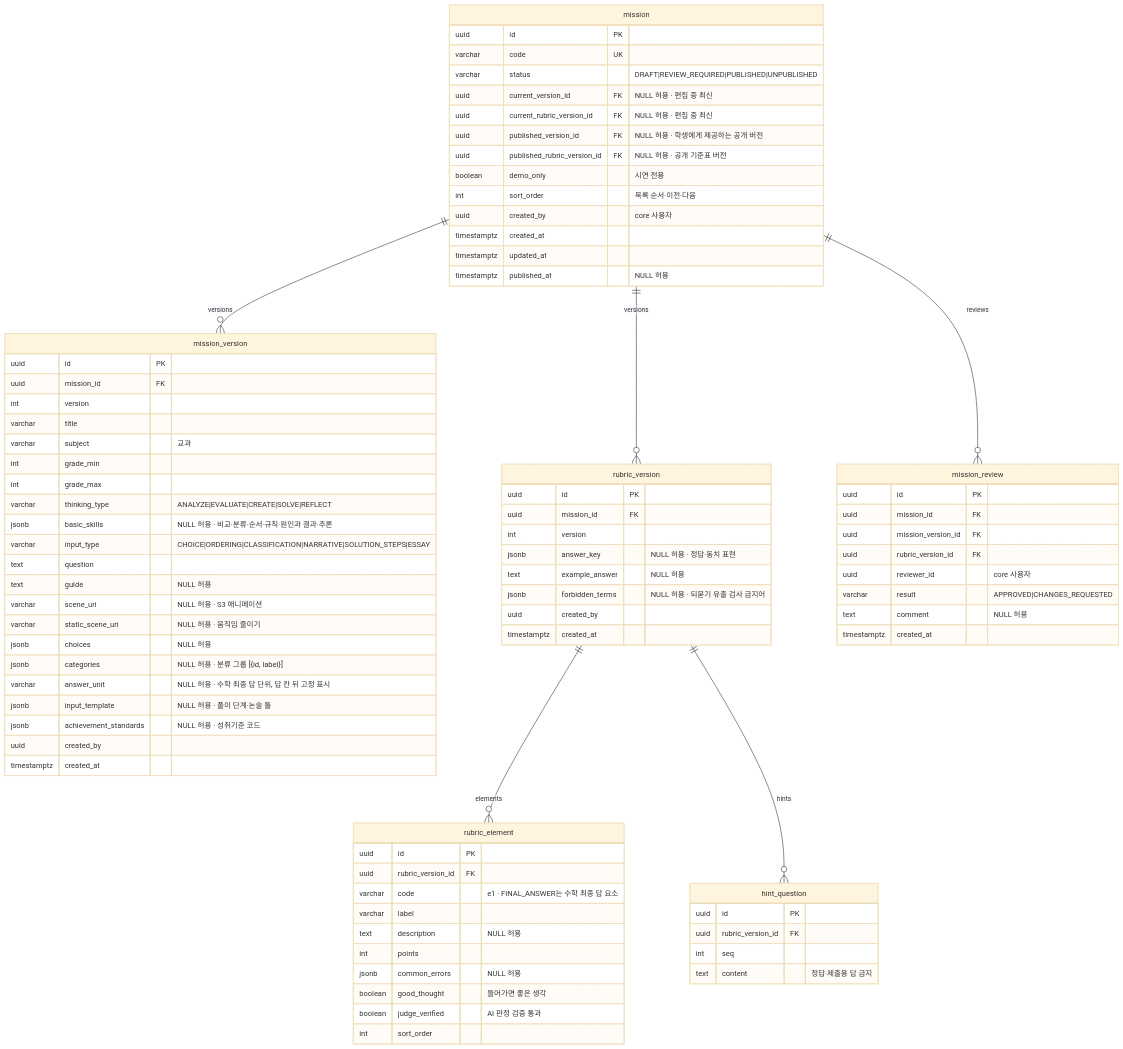
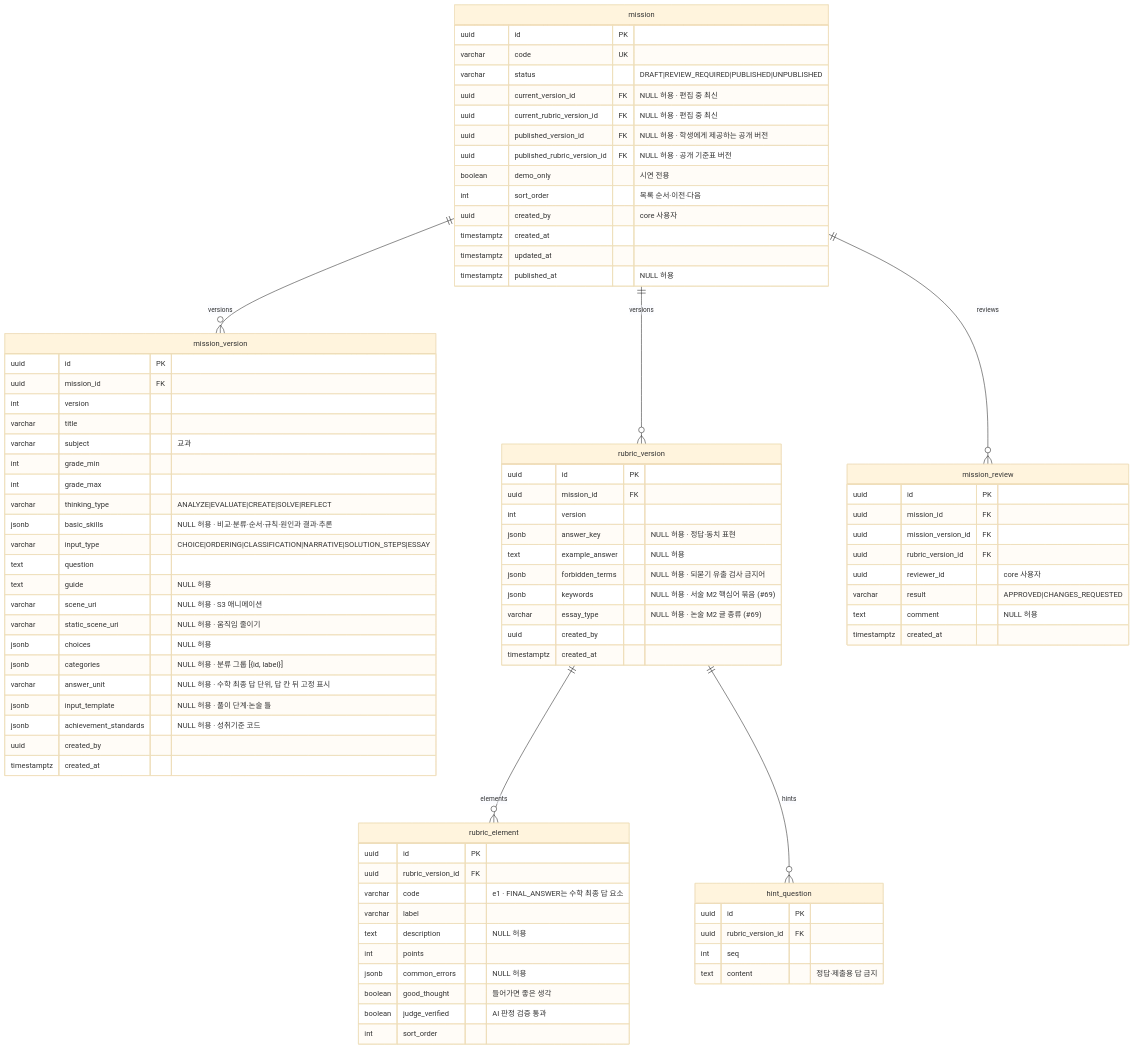
The eighth of 11 diagrams in docs/design/erd.md (SKNETWORKS-FAMILY-AICAMP/SKN34-FINAL-3TEAM), drawn with Mermaid (base theme) before and after one commit. The commit also changed other lines of this file and 8 other files, not shown here.

```diff
--- a/docs/design/erd.md
+++ b/docs/design/erd.md
@@ -824,6 +824,8 @@
     jsonb answer_key "NULL 허용 · 정답·동치 표현"
     text example_answer "NULL 허용"
     jsonb forbidden_terms "NULL 허용 · 되묻기 유출 검사 금지어"
+    jsonb keywords "NULL 허용 · 서술 M2 핵심어 묶음 (#69)"
+    varchar essay_type "NULL 허용 · 논술 M2 글 종류 (#69)"
     uuid created_by
     timestamptz created_at
   }
```
